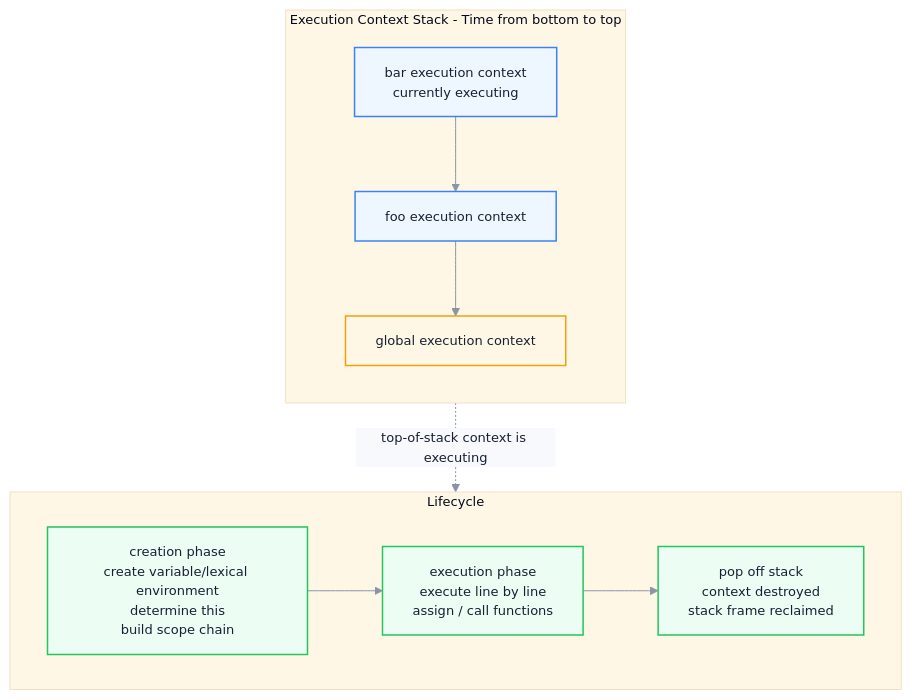
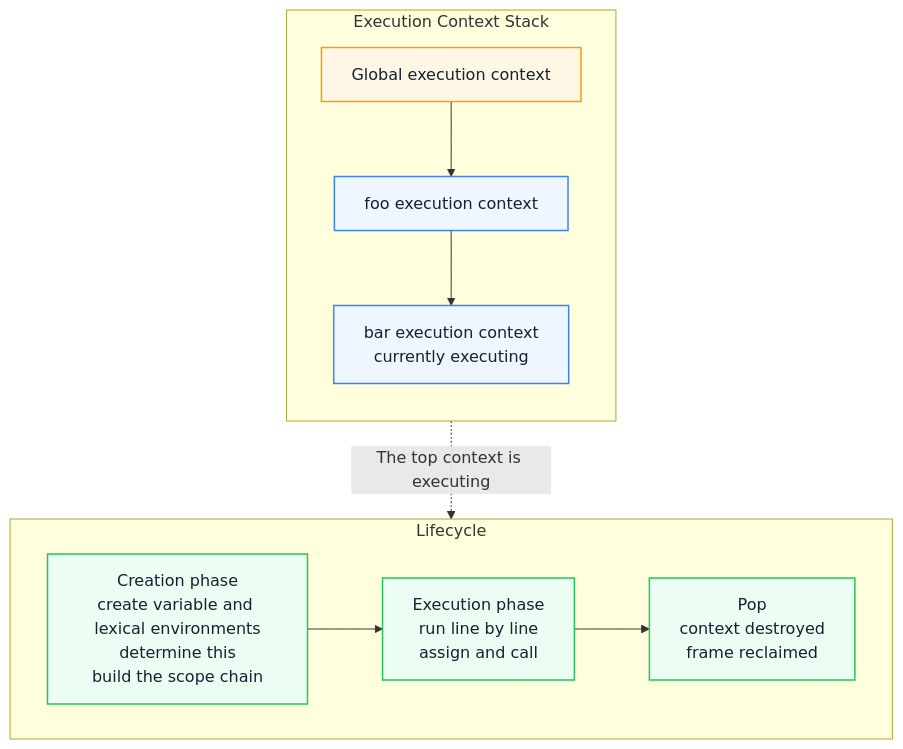
Before and after one commit to Fatejian/frontier-vault: the first of 3 diagrams in docs/en/javascript/execution-context-closure.md, drawn with Mermaid. The commit also changed other lines of this file and 41 other files, not shown here.

````diff
--- a/docs/en/javascript/execution-context-closure.md
+++ b/docs/en/javascript/execution-context-closure.md
@@ -72,25 +66,24 @@
 ```mermaid
-%%{init: {'theme': 'base', 'themeVariables': { 'fontFamily': 'Inter, PingFang SC, Microsoft YaHei, sans-serif', 'primaryColor': '#EEF6FF', 'primaryTextColor': '#172033', 'primaryBorderColor': '#6EA8FE', 'lineColor': '#8A94A6', 'secondaryColor': '#F7F9FC', 'tertiaryColor': '#FFF7E6', 'fontSize': '13px'}}}%%
 flowchart TB
-    subgraph Stack["Execution Context Stack - Time from bottom to top"]
+    subgraph Stack["Execution Context Stack"]
         direction TB
+        S2["Global execution context"]
+        S3["foo execution context"]
         S4["bar execution context<br/>currently executing"]
-        S3["foo execution context"]
-        S2["global execution context"]
-        S4 --> S3 --> S2
+        S2 --> S3 --> S4
     end
 
     subgraph Lifecycle["Lifecycle"]
         direction LR
-        L1["creation phase<br/>create variable/lexical environment<br/>determine this<br/>build scope chain"] --> L2["execution phase<br/>execute line by line<br/>assign / call functions"] --> L3["pop off stack<br/>context destroyed<br/>stack frame reclaimed"]
+        L1["Creation phase<br/>create variable and lexical environments<br/>determine this<br/>build the scope chain"] --> L2["Execution phase<br/>run line by line<br/>assign and call"] --> L3["Pop<br/>context destroyed<br/>frame reclaimed"]
     end
 
-    Stack -. "top-of-stack context is executing" .-> Lifecycle
+    Stack -. "The top context is executing" .-> Lifecycle
 
-    classDef ctx fill:#EEF6FF,stroke:#3B82F6,color:#172033,stroke-width:1.5px;
-    classDef global fill:#FFF7E6,stroke:#F59E0B,color:#172033,stroke-width:1.5px;
-    classDef phase fill:#ECFDF3,stroke:#22C55E,color:#172033,stroke-width:1.5px;
-    class S4,S3 ctx;
-    class S2 global;
-    class L1,L2,L3 phase;
+    classDef wait fill:#EEF6FF,stroke:#3B82F6,color:#172033,stroke-width:1.5px;
+    classDef block fill:#FFF7E6,stroke:#F59E0B,color:#172033,stroke-width:1.5px;
+    classDef work fill:#ECFDF3,stroke:#22C55E,color:#172033,stroke-width:1.5px;
+    class S3,S4 wait;
+    class S2 block;
+    class L1,L2,L3 work;
 ```
````
